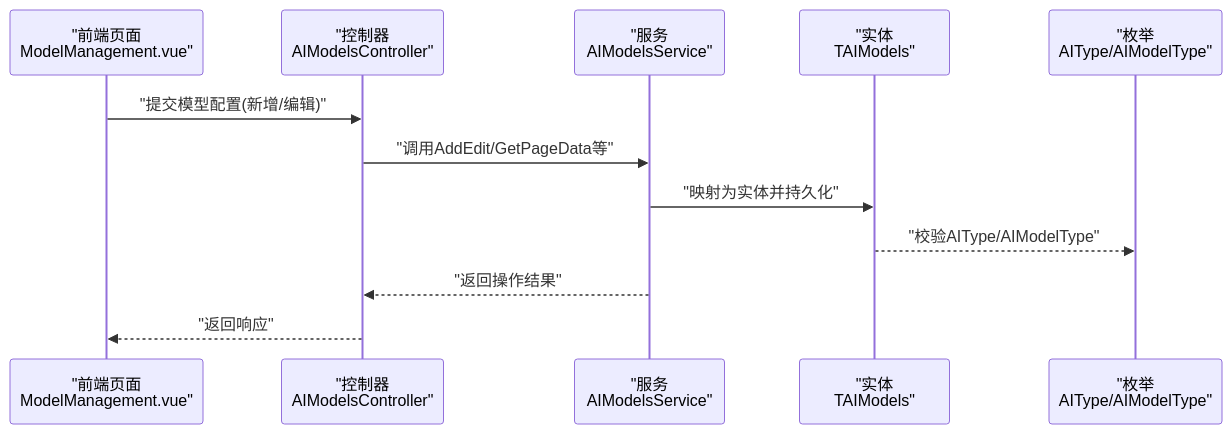
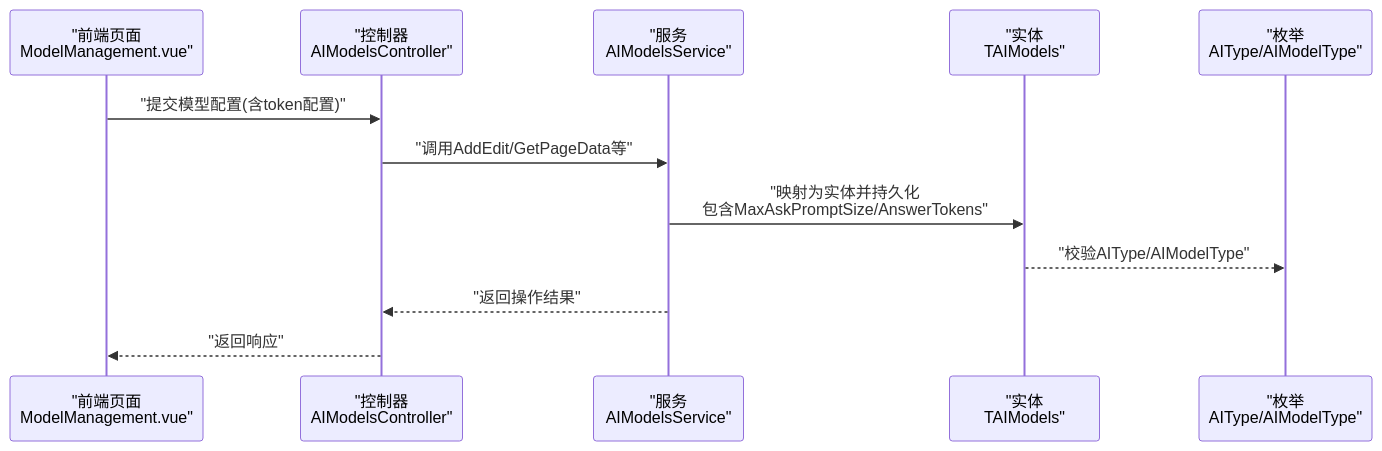
The second of 7 diagrams in .qoder/repowiki/zh/content/AI智能体/模型管理.md (junkai-li/NetCoreKevin), drawn with Mermaid before and after one commit. The commit also changed other lines of this file and 41 other files, not shown here.

````diff
--- a/.qoder/repowiki/zh/content/AI智能体/模型管理.md
+++ b/.qoder/repowiki/zh/content/AI智能体/模型管理.md
@@ -85,14 +100,14 @@
 ```mermaid
 sequenceDiagram
 participant FE as "前端页面<br/>ModelManagement.vue"
 participant API as "控制器<br/>AIModelsController"
 participant SVC as "服务<br/>AIModelsService"
 participant ENT as "实体<br/>TAIModels"
 participant ENUM as "枚举<br/>AIType/AIModelType"
-FE->>API : "提交模型配置(新增/编辑)"
+FE->>API : "提交模型配置(含token配置)"
 API->>SVC : "调用AddEdit/GetPageData等"
-SVC->>ENT : "映射为实体并持久化"
+SVC->>ENT : "映射为实体并持久化<br/>包含MaxAskPromptSize/AnswerTokens"
 ENT-->>ENUM : "校验AIType/AIModelType"
 SVC-->>API : "返回操作结果"
 API-->>FE : "返回响应"
 ```
````
